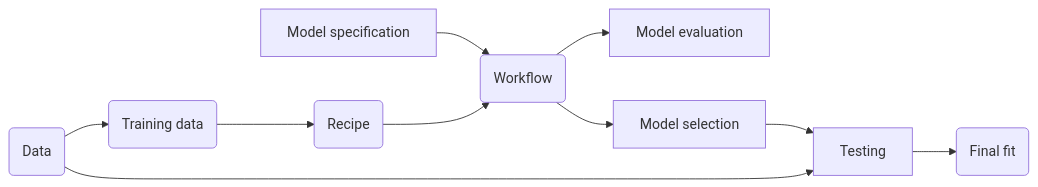
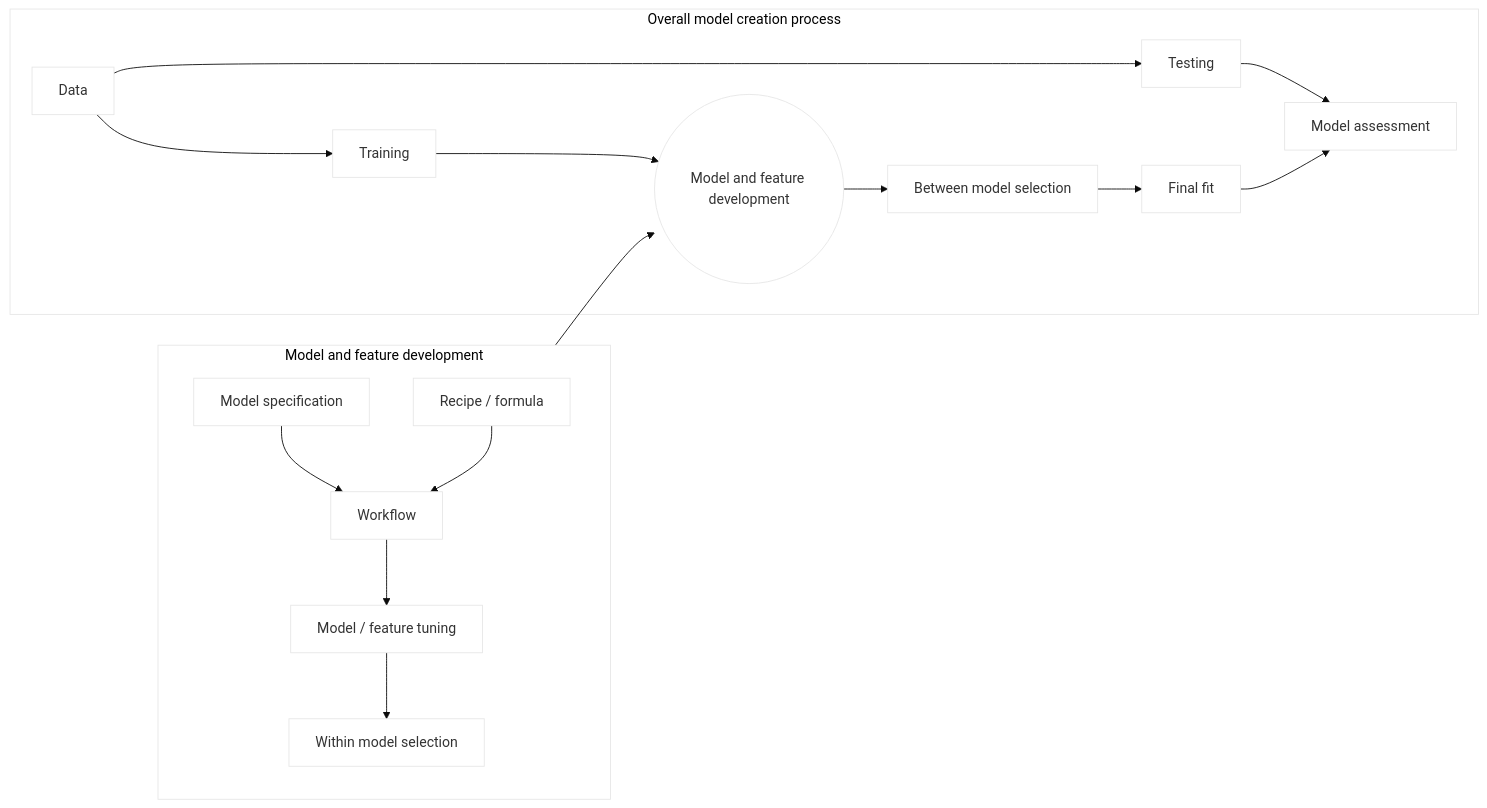
One commit to matackett/ecots2022-modern-regression changed the diagram in slides/index.qmd. Above: the diagram before and after it, drawn with Mermaid. The commit also changed other lines of this file and 2 other files, not shown here.

Commit message:
Add last bit of slides on tidymodels

````diff
--- a/slides/index.qmd
+++ b/slides/index.qmd
@@ -186,12 +186,20 @@
 ```{mermaid}
+%%| fig-width: 11
+
+%%{init: {'theme': 'base', 'themeVariables': { 'primaryColor': '#ffffff'}}}%%
 flowchart LR
-  A[Model specification] --> C(Workflow)
-  B(Recipe) --> C(Workflow)
-  D(Data) --> E[Training]
-  D(Data) --> F[Testing]
-  E(Training data) --> B
-  C --> G[Model evaluation]
-  C --> H[Model selection]
-  H --> F
-  F --> I(Final fit)
+    MFD_SG --> MFD
+
+    subgraph MFD_SG[Model and feature development]
+    MS[Model specification] --> Workflow
+    RF[Recipe / formula] --> Workflow
+    Workflow --> MFT[Model / feature tuning] --> WMS[Within model selection]
+    end
+    
+    subgraph Overall model creation process
+    Data-->Testing
+    Data-->Training
+    Training --> MFD((Model and feature development)) --> BMS[Between model selection] --> FF[Final fit] --> MA[Model assessment]
+    Testing --> MA
+    end
 ```
````
